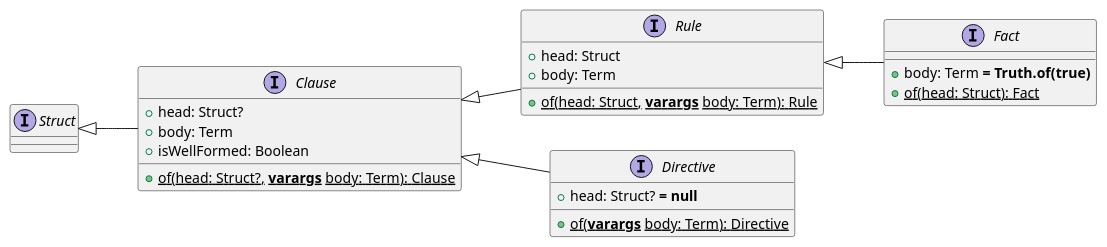
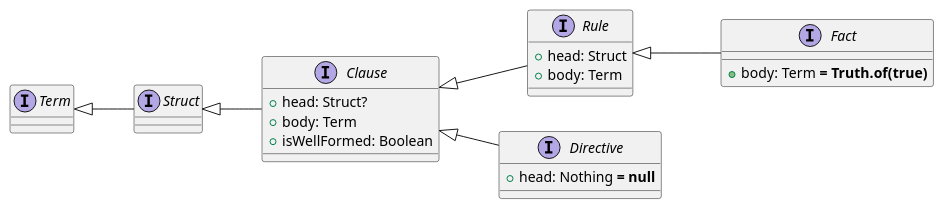
Before and after one commit to gciatto-unibo/2p-kt-presentation: the diagram in img/clause.puml, drawn with PlantUML. The commit also changed 41 other files, not shown here.

Commit message:
improve uml diagrams of :core

```diff
--- a/img/clause.puml
+++ b/img/clause.puml
@@ -1,30 +1,33 @@
 @startuml
 left to right direction
 skinparam shadowing false
+
+interface Term
 
 interface Struct
 
 interface Clause {
   + head: Struct?
   + body: Term
   + isWellFormed: Boolean
-  + {static} of(head: Struct?, **varargs** body: Term): Clause
+  ' + {static} of(head: Struct?, **varargs** body: Term): Clause
 }
 interface Rule {
   + head: Struct
   + body: Term
-  + {static} of(head: Struct, **varargs** body: Term): Rule
+  ' + {static} of(head: Struct, **varargs** body: Term): Rule
 }
 interface Directive {
-  + head: Struct? **= null**
-  + {static} of(**varargs** body: Term): Directive
+  + head: Nothing **= null**
+  ' + {static} of(**varargs** body: Term): Directive
 }
 interface Fact {
   + body: Term **= Truth.of(true)**
-  + {static} of(head: Struct): Fact
+  ' + {static} of(head: Struct): Fact
 }
+Term <|-- Struct
 Struct <|-- Clause
 Clause <|-- Rule
 Clause <|-- Directive
 Rule <|-- Fact
 @enduml
```
